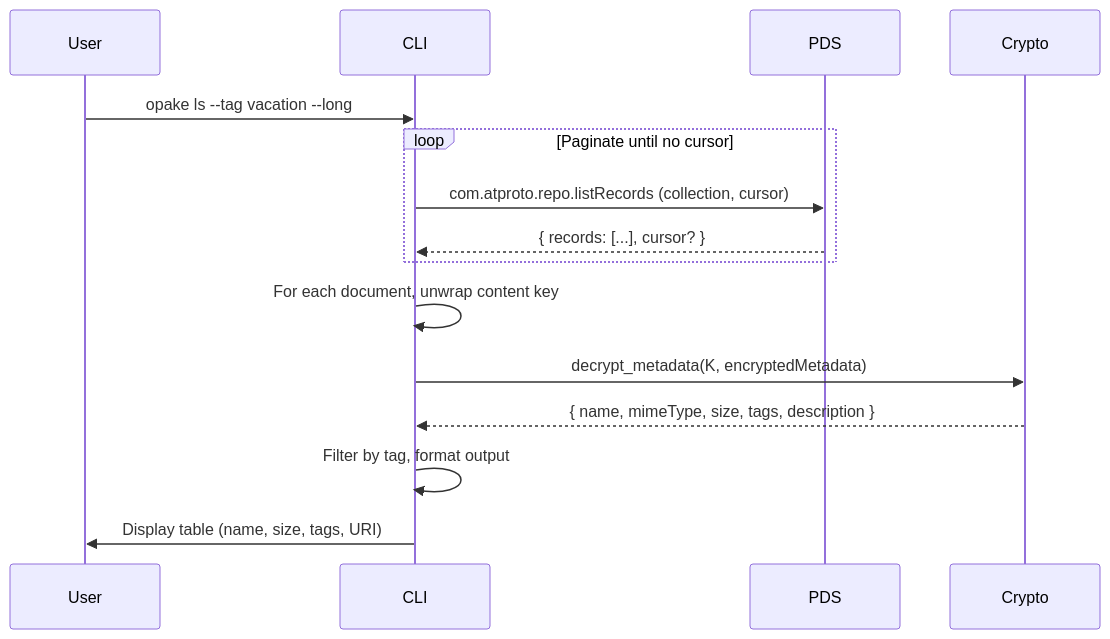
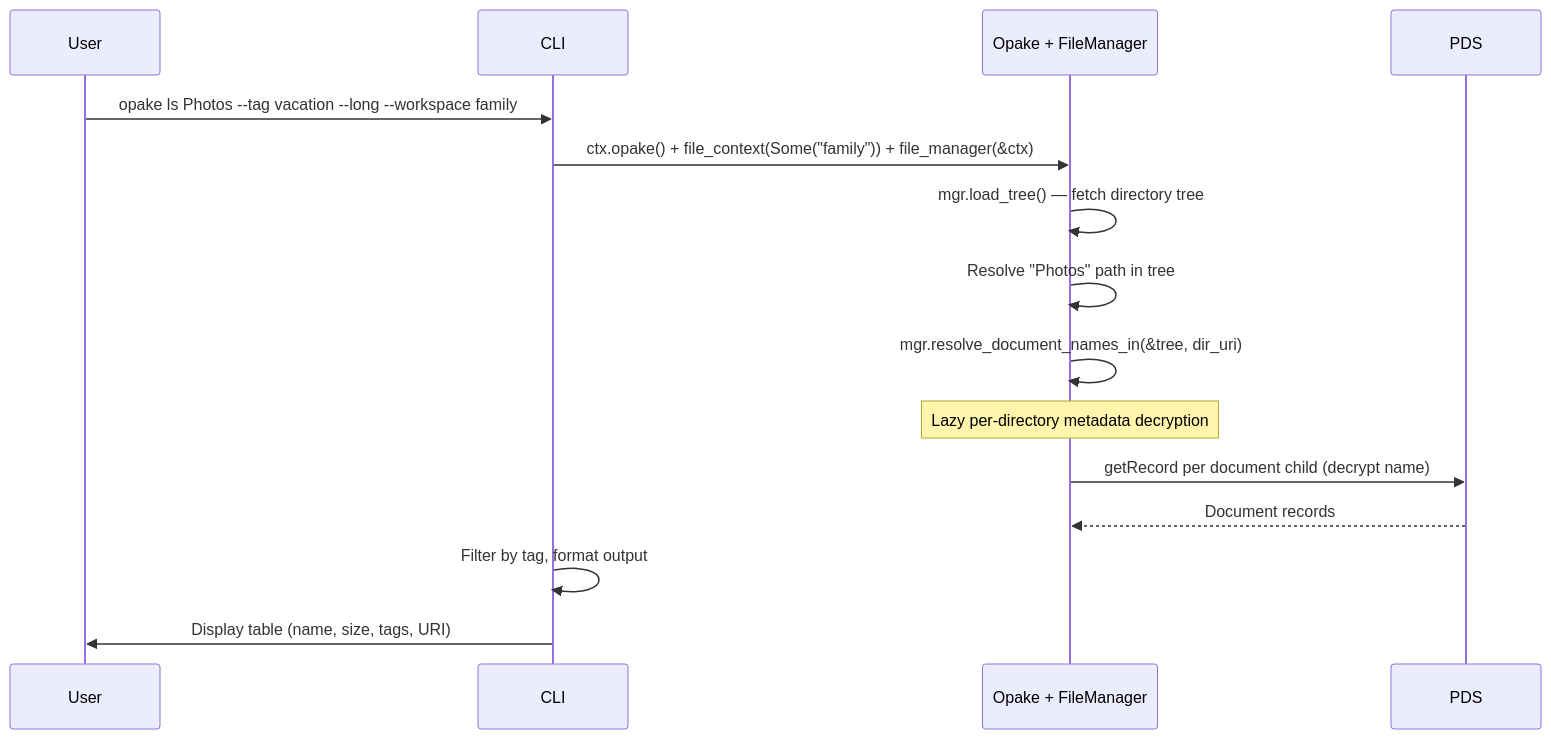
The fourth of 5 diagrams in docs/flows/documents.md (Sans-Self/Opake), drawn with Mermaid before and after one commit. The commit also changed other lines of this file and 363 other files, not shown here.

````diff
--- a/docs/flows/documents.md
+++ b/docs/flows/documents.md
@@ -114,20 +123,22 @@
 ```mermaid
 sequenceDiagram
     participant User
     participant CLI
+    participant Opake as Opake + FileManager
     participant PDS
 
-    User->>CLI: opake ls --tag vacation --long
+    User->>CLI: opake ls Photos --tag vacation --long --workspace family
 
-    loop Paginate until no cursor
-        CLI->>PDS: com.atproto.repo.listRecords (collection, cursor)
-        PDS-->>CLI: { records: [...], cursor? }
-    end
+    CLI->>Opake: ctx.opake() + file_context(Some("family")) + file_manager(&ctx)
+    Opake->>Opake: mgr.load_tree() — fetch directory tree
+    Opake->>Opake: Resolve "Photos" path in tree
 
-    CLI->>CLI: For each document, unwrap content key
-    CLI->>Crypto: decrypt_metadata(K, encryptedMetadata)
-    Crypto-->>CLI: { name, mimeType, size, tags, description }
+    Opake->>Opake: mgr.resolve_document_names_in(&tree, dir_uri)
+    Note over Opake: Lazy per-directory metadata decryption
+
+    Opake->>PDS: getRecord per document child (decrypt name)
+    PDS-->>Opake: Document records
 
     CLI->>CLI: Filter by tag, format output
     CLI->>User: Display table (name, size, tags, URI)
 ```
````
